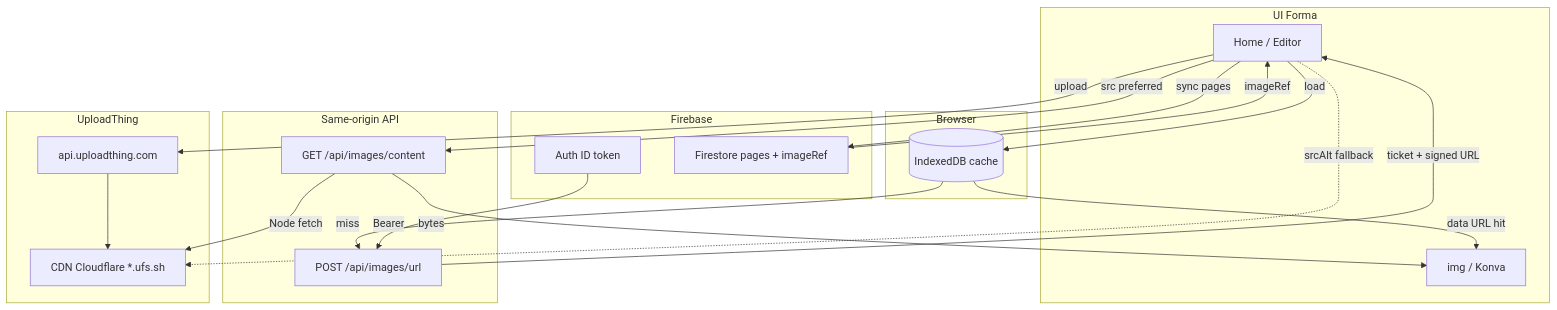
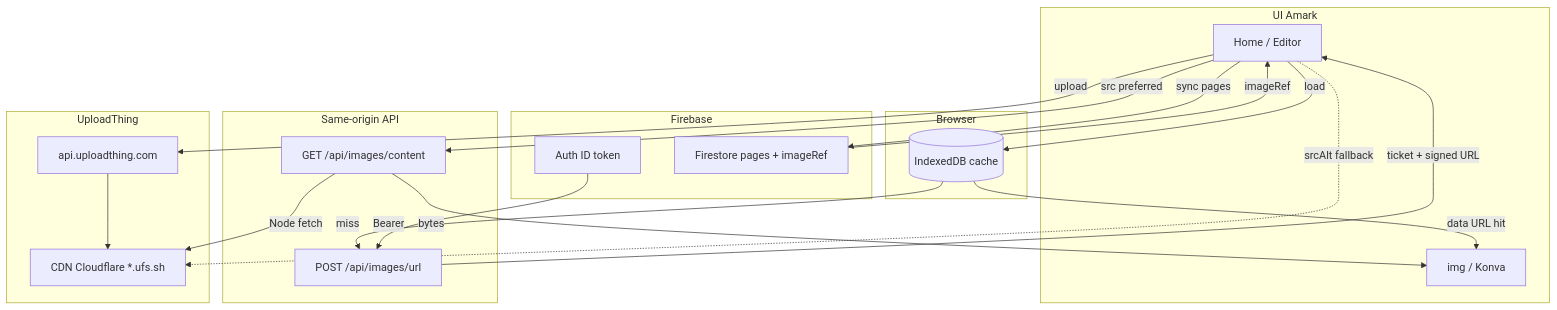
The eighth of 9 diagrams in docs/ARCHITECTURE.md (mariamoraan/planner-maker-spa), drawn with Mermaid before and after one commit. The commit also changed other lines of this file and 11 other files, not shown here.

Commit message:
refactor: rename project from Forma to Amark; update all references in HTML, README, documentation, and localization files

````diff
--- a/docs/ARCHITECTURE.md
+++ b/docs/ARCHITECTURE.md
@@ -567,40 +567,40 @@
 ```mermaid
 flowchart TB
-  subgraph ui [UI Forma]
+  subgraph ui [UI Amark]
     Home[Home / Editor]
     ImgTag["img / Konva"]
   end
 
   subgraph fb [Firebase]
     Auth[Auth ID token]
     FS["Firestore pages + imageRef"]
   end
 
   subgraph browser [Browser]
     IDB[(IndexedDB cache)]
   end
 
   subgraph api [Same-origin API]
     UrlApi["POST /api/images/url"]
     ContentApi["GET /api/images/content"]
   end
 
   subgraph ut [UploadThing]
     UploadAPI[api.uploadthing.com]
     CDN["CDN Cloudflare *.ufs.sh"]
   end
 
   Home -->|"sync pages"| FS
   FS -->|"imageRef"| Home
   Home -->|"load"| IDB
   IDB -->|"data URL hit"| ImgTag
   IDB -->|"miss"| UrlApi
   Auth -->|"Bearer"| UrlApi
   UrlApi -->|"ticket + signed URL"| Home
   Home -->|"src preferred"| ContentApi
   ContentApi -->|"Node fetch"| CDN
   ContentApi -->|"bytes"| ImgTag
   Home -.->|"srcAlt fallback"| CDN
   Home -->|"upload"| UploadAPI
   UploadAPI --> CDN
 ```
````
